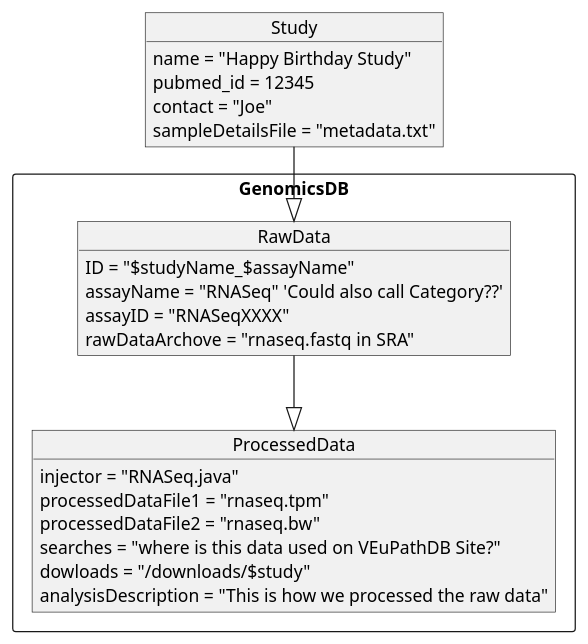
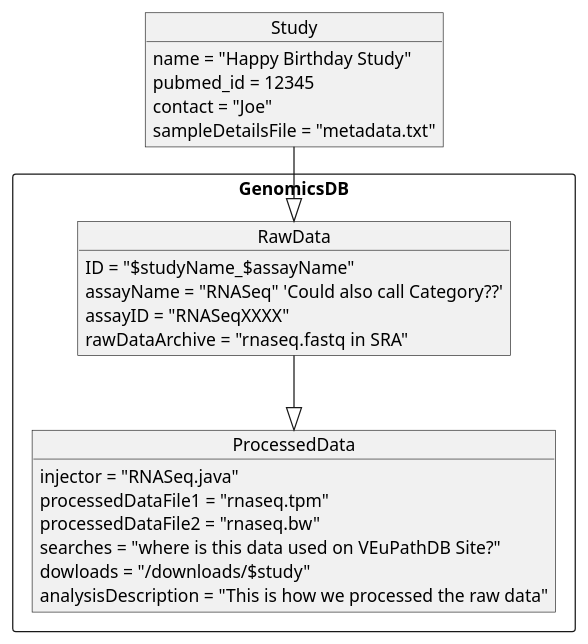
The first of 9 diagrams in project_planning/projectPages.org (jbrestel/org-docs), drawn with PlantUML before and after one commit. The commit also changed other lines of this file and 7 other files, not shown here.

```diff
--- a/project_planning/projectPages.org
+++ b/project_planning/projectPages.org
@@ -9,26 +9,26 @@
-#+begin_src plantuml :file images/rnaseq_uml.png :exports both
+#+begin_src plantuml :file images/rnaseq_uml.png :exports results
 object Study {
         name = "Happy Birthday Study"
         pubmed_id = 12345
         contact = "Joe"
         sampleDetailsFile = "metadata.txt"
 }
 rectangle GenomicsDB {
         object RawData {
                 ID = "$studyName_$assayName"
                 assayName = "RNASeq" 'Could also call Category??'
                 assayID = "RNASeqXXXX"
-                rawDataArchove = "rnaseq.fastq in SRA"
+                rawDataArchive = "rnaseq.fastq in SRA"
         }
         object ProcessedData {
                 injector = "RNASeq.java"
                 processedDataFile1 = "rnaseq.tpm"
                 processedDataFile2 = "rnaseq.bw"
                 searches = "where is this data used on VEuPathDB Site?"
                 dowloads = "/downloads/$study"
                 analysisDescription = "This is how we processed the raw data"
         }
 }
 Study --|> RawData
 RawData --|> ProcessedData
 #+end_src
```
